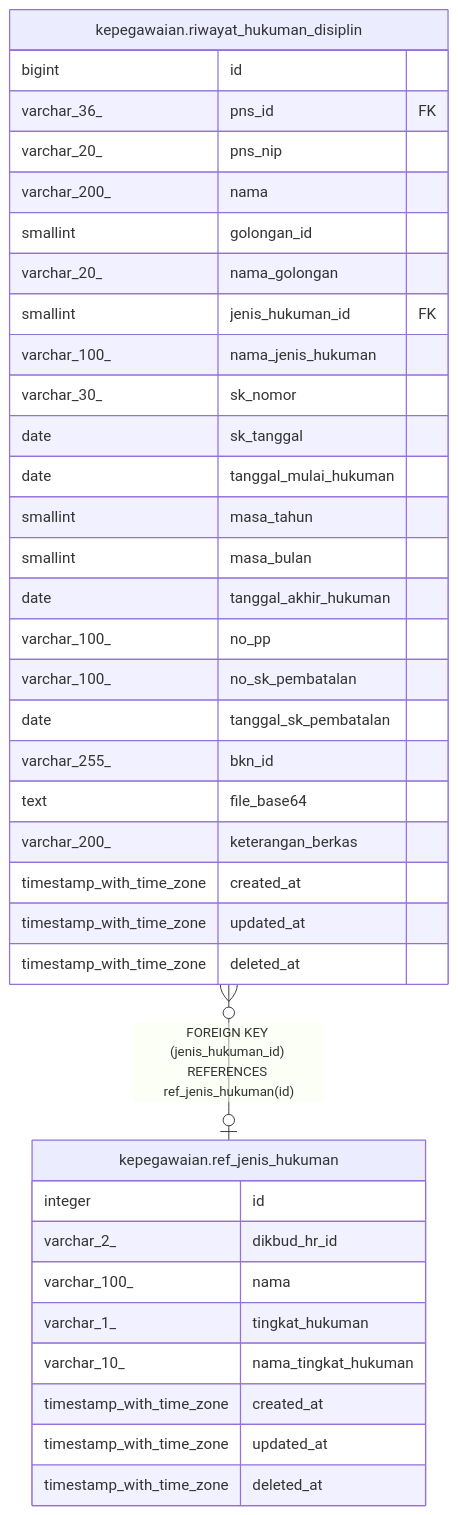
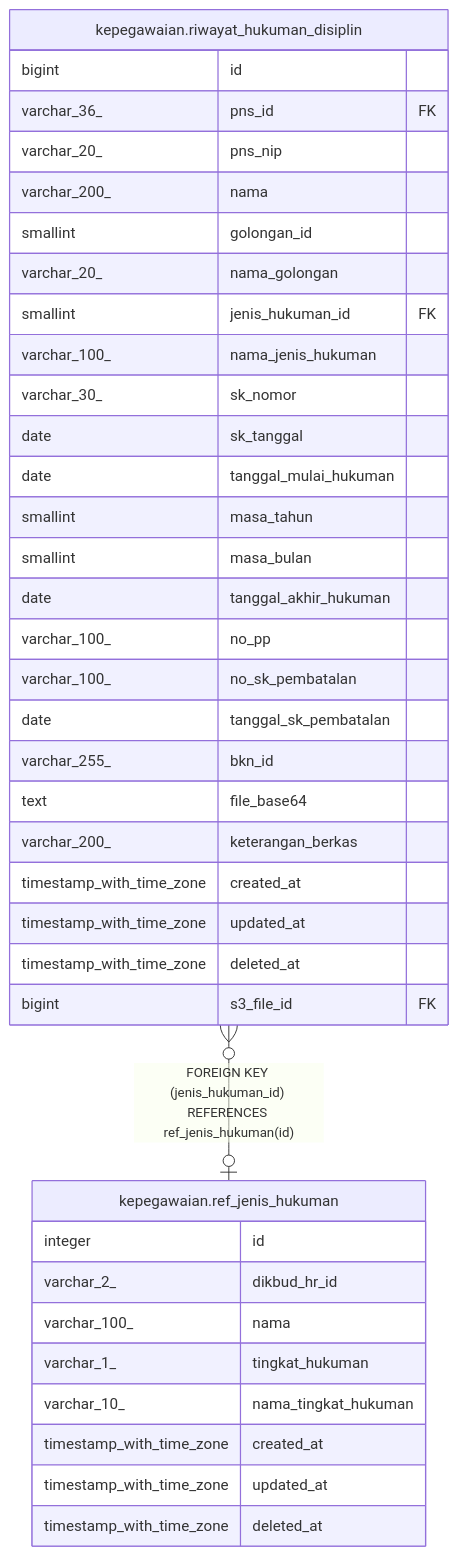
The diagram in services/kepegawaian/docs/db/kepegawaian.ref_jenis_hukuman.md (nandanugg/triforce.nvim), drawn with Mermaid before and after one commit. The commit also changed 41 other files, not shown here.

````diff
--- a/services/kepegawaian/docs/db/kepegawaian.ref_jenis_hukuman.md
+++ b/services/kepegawaian/docs/db/kepegawaian.ref_jenis_hukuman.md
@@ -34,41 +34,42 @@
 ```mermaid
 erDiagram
 
 "kepegawaian.riwayat_hukuman_disiplin" }o--o| "kepegawaian.ref_jenis_hukuman" : "FOREIGN KEY (jenis_hukuman_id) REFERENCES ref_jenis_hukuman(id)"
 
 "kepegawaian.ref_jenis_hukuman" {
   integer id
   varchar_2_ dikbud_hr_id
   varchar_100_ nama
   varchar_1_ tingkat_hukuman
   varchar_10_ nama_tingkat_hukuman
   timestamp_with_time_zone created_at
   timestamp_with_time_zone updated_at
   timestamp_with_time_zone deleted_at
 }
 "kepegawaian.riwayat_hukuman_disiplin" {
   bigint id
   varchar_36_ pns_id FK
   varchar_20_ pns_nip
   varchar_200_ nama
   smallint golongan_id
   varchar_20_ nama_golongan
   smallint jenis_hukuman_id FK
   varchar_100_ nama_jenis_hukuman
   varchar_30_ sk_nomor
   date sk_tanggal
   date tanggal_mulai_hukuman
   smallint masa_tahun
   smallint masa_bulan
   date tanggal_akhir_hukuman
   varchar_100_ no_pp
   varchar_100_ no_sk_pembatalan
   date tanggal_sk_pembatalan
   varchar_255_ bkn_id
   text file_base64
   varchar_200_ keterangan_berkas
   timestamp_with_time_zone created_at
   timestamp_with_time_zone updated_at
   timestamp_with_time_zone deleted_at
+  bigint s3_file_id FK
 }
 ```
````
